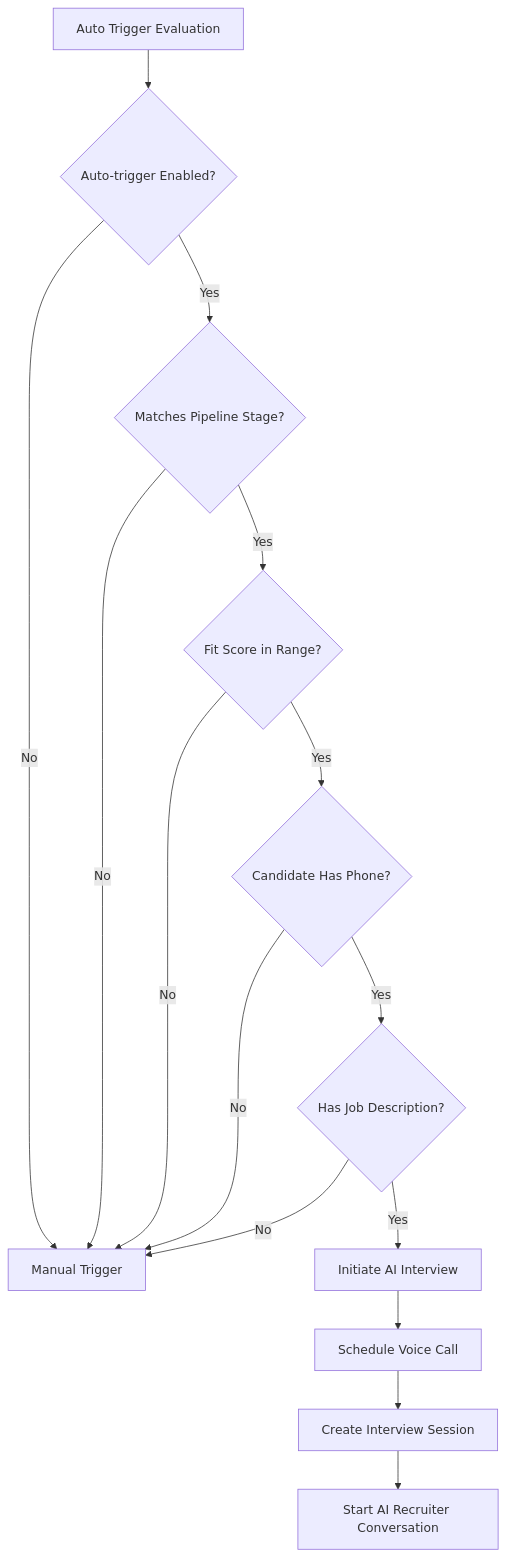
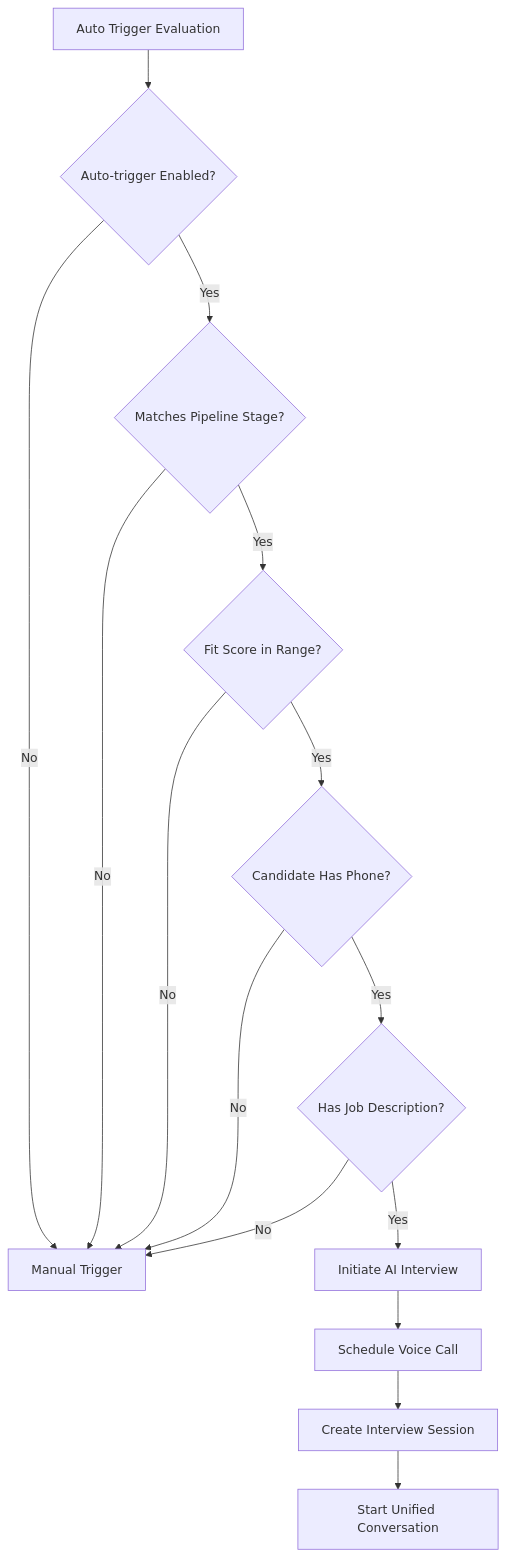
One commit to Revanththetalogics/aireume changed diagram 11 of 19 in .qoder/repowiki/en/content/Advanced Topics/Voice Agent Conversation System.md. Above: the diagram before and after it, drawn with Mermaid. The commit also changed other lines of this file and 32 other files, not shown here.

````diff
--- a/.qoder/repowiki/en/content/Advanced Topics/Voice Agent Conversation System.md
+++ b/.qoder/repowiki/en/content/Advanced Topics/Voice Agent Conversation System.md
@@ -441,17 +649,17 @@
 ```mermaid
 flowchart TD
 AutoTrigger[Auto Trigger Evaluation] --> CheckEnabled{"Auto-trigger Enabled?"}
 CheckEnabled --> |No| ManualTrigger[Manual Trigger]
 CheckEnabled --> |Yes| CheckStage{"Matches Pipeline Stage?"}
 CheckStage --> |No| ManualTrigger
 CheckStage --> |Yes| CheckScore{"Fit Score in Range?"}
 CheckScore --> |No| ManualTrigger
 CheckScore --> |Yes| CheckPhone{"Candidate Has Phone?"}
 CheckPhone --> |No| ManualTrigger
 CheckPhone --> |Yes| CheckJD{"Has Job Description?"}
 CheckJD --> |No| ManualTrigger
 CheckJD --> |Yes| InitiateInterview[Initiate AI Interview]
 InitiateInterview --> ScheduleCall[Schedule Voice Call]
 ScheduleCall --> CreateSession[Create Interview Session]
-CreateSession --> StartConversation[Start AI Recruiter Conversation]
+CreateSession --> StartConversation[Start Unified Conversation]
 ```
````
